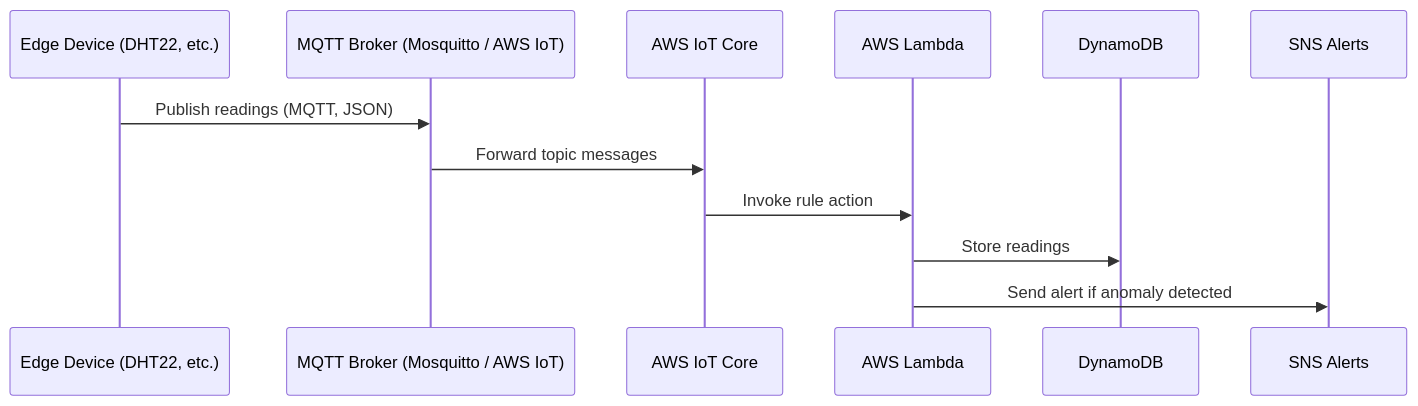
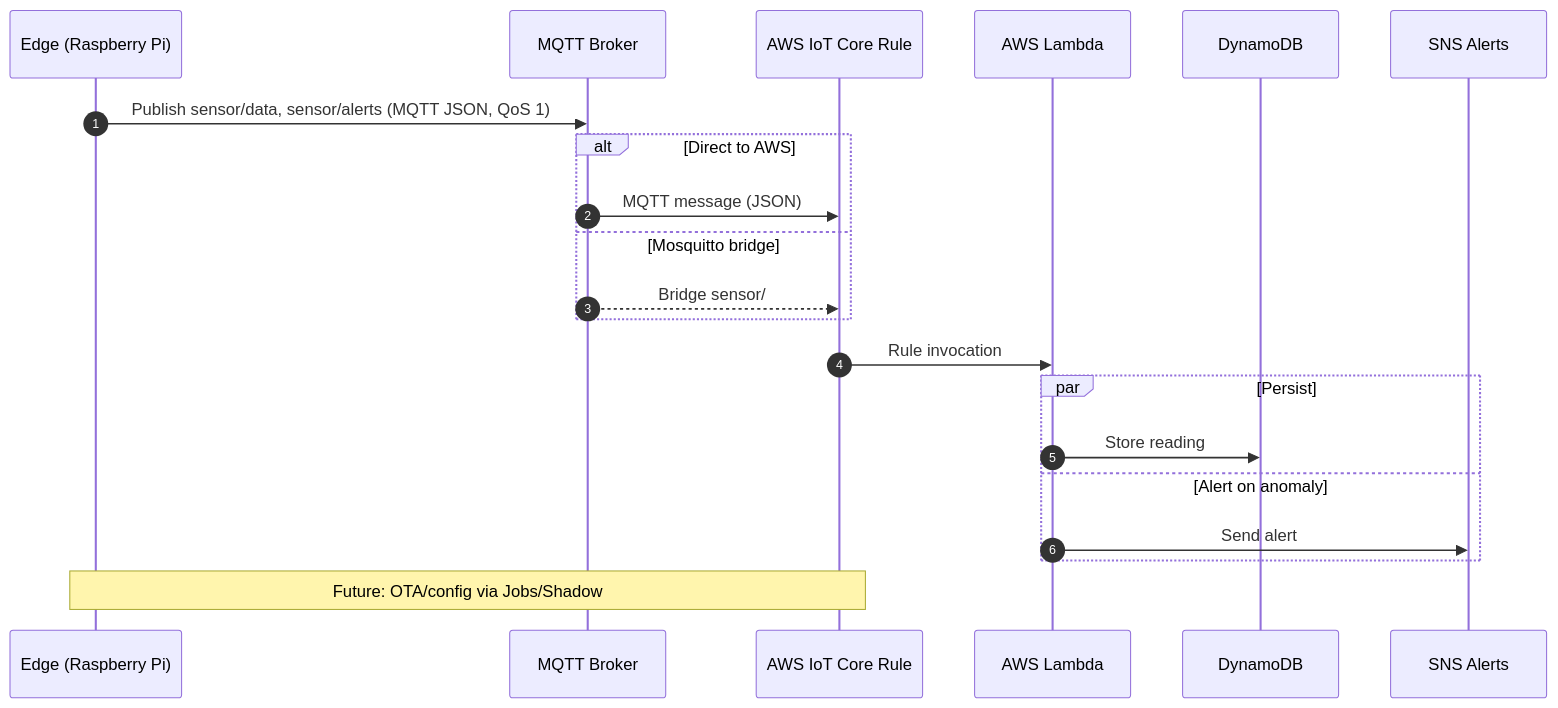
One commit to chrisdudley-dev/smart-edge-cloud-thermohygrometer changed the diagram in README.md. Above: the diagram before and after it, drawn with Mermaid.

Commit message:
Fix Mermaid sequence diagram: remove duplicate rows, add alt/par for variants and fan-out

````diff
--- a/README.md
+++ b/README.md
@@ -136,15 +136,34 @@
 ```mermaid
 sequenceDiagram
-    participant Sensor as Edge Device (DHT22, etc.)
-    participant Broker as MQTT Broker (Mosquitto / AWS IoT)
-    participant IoTCore as AWS IoT Core
-    participant Lambda as AWS Lambda
+    autonumber
+    %% Actors
+    participant Edge as Edge (Raspberry Pi)
+    participant Broker as MQTT Broker
+    participant IoT as AWS IoT Core Rule
+    participant L as AWS Lambda
     participant DB as DynamoDB
     participant SNS as SNS Alerts
 
-    Sensor->>Broker: Publish readings (MQTT, JSON)
-    Broker->>IoTCore: Forward topic messages
-    IoTCore->>Lambda: Invoke rule action
-    Lambda->>DB: Store readings
-    Lambda->>SNS: Send alert if anomaly detected
+    %% Publish from Edge
+    Edge->>Broker: Publish sensor/data, sensor/alerts (MQTT JSON, QoS 1)
+
+    %% Variant: choose one deployment
+    alt Direct to AWS
+        Broker->>IoT: MQTT message (JSON)
+    else Mosquitto bridge
+        Broker-->>IoT: Bridge sensor/#   %% dashed/asynch line to hint "bridge"
+    end
+
+    %% Cloud processing
+    IoT->>L: Rule invocation
+
+    par Persist
+        L->>DB: Store reading
+    and Alert on anomaly
+        L->>SNS: Send alert
+    end
+
+    %% Future/optional
+    Note over Edge,IoT: Future: OTA/config via Jobs/Shadow
+
 ```
````
